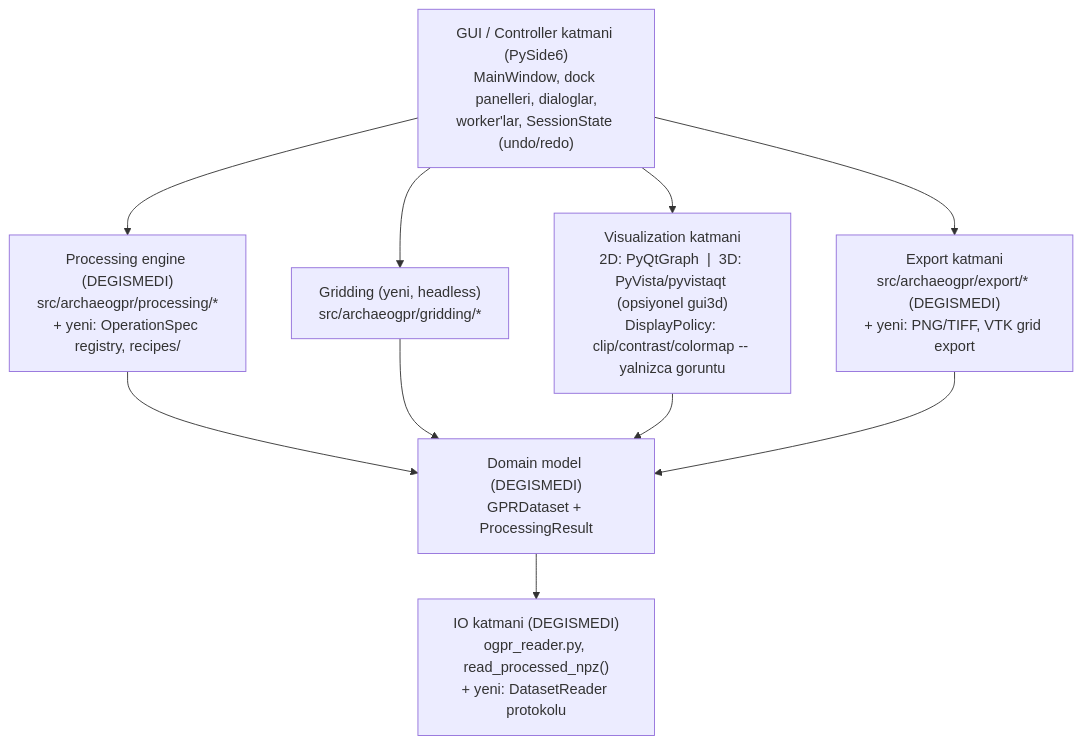
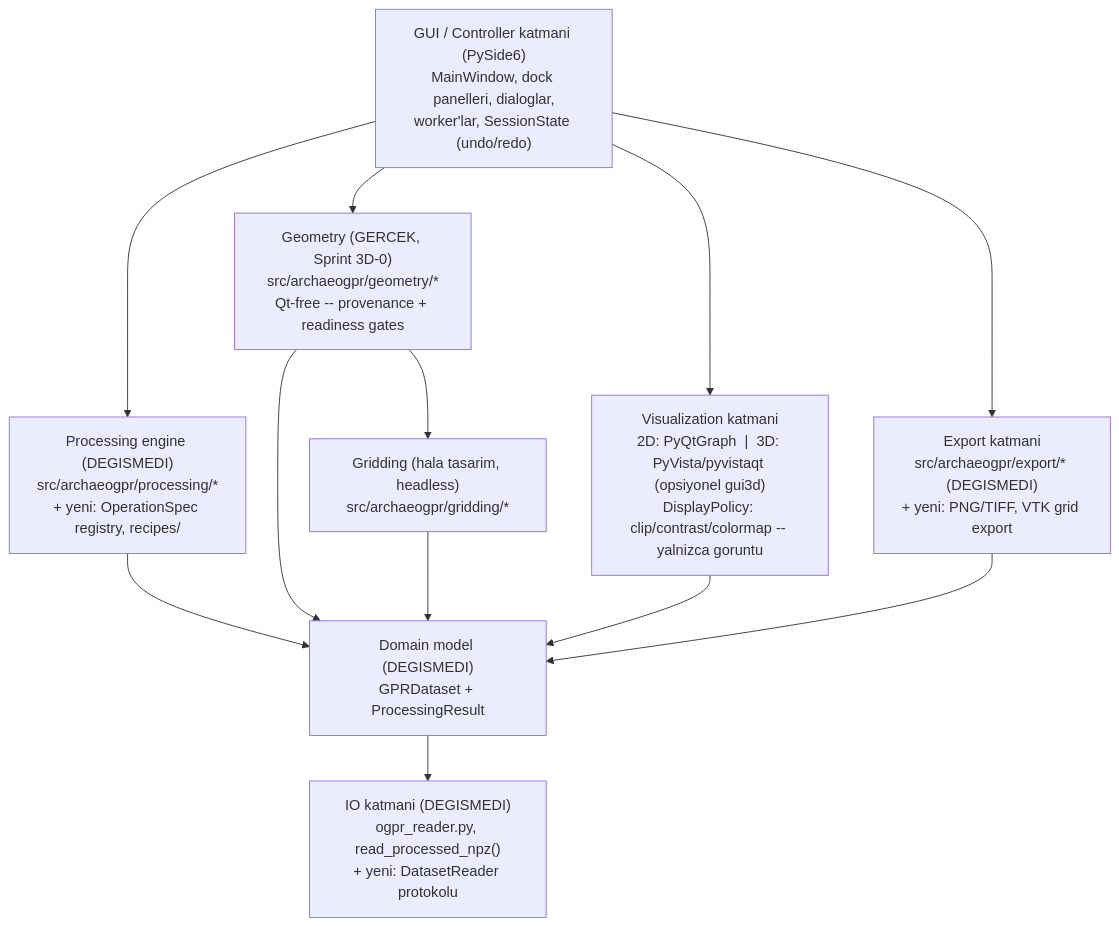
One commit to bruhnioli/archeogpr changed the first of 2 diagrams in obsidian/ArchaeoGPR_Vault/03_ARCHITECTURE/GUI_Architecture.md. Above: the diagram before and after it, drawn with Mermaid. The commit also changed other lines of this file and 25 other files, not shown here.

First line of the commit message:
feat(geometry): add survey geometry inspector and readiness gates

````diff
--- a/obsidian/ArchaeoGPR_Vault/03_ARCHITECTURE/GUI_Architecture.md
+++ b/obsidian/ArchaeoGPR_Vault/03_ARCHITECTURE/GUI_Architecture.md
@@ -43,20 +73,23 @@
 ```mermaid
 flowchart TB
     GUI["GUI / Controller katmani (PySide6)\nMainWindow, dock panelleri, dialoglar,\nworker'lar, SessionState (undo/redo)"]
     VIZ["Visualization katmani\n2D: PyQtGraph  |  3D: PyVista/pyvistaqt (opsiyonel gui3d)\nDisplayPolicy: clip/contrast/colormap -- yalnizca goruntu"]
     PROC["Processing engine (DEGISMEDI)\nsrc/archaeogpr/processing/*\n+ yeni: OperationSpec registry, recipes/"]
-    GRID["Gridding (yeni, headless)\nsrc/archaeogpr/gridding/*"]
+    GEOM["Geometry (GERCEK, Sprint 3D-0)\nsrc/archaeogpr/geometry/*\nQt-free -- provenance + readiness gates"]
+    GRID["Gridding (hala tasarim, headless)\nsrc/archaeogpr/gridding/*"]
     MODEL["Domain model (DEGISMEDI)\nGPRDataset + ProcessingResult"]
     IO["IO katmani (DEGISMEDI)\nogpr_reader.py, read_processed_npz()\n+ yeni: DatasetReader protokolu"]
     EXPORT["Export katmani\nsrc/archaeogpr/export/* (DEGISMEDI)\n+ yeni: PNG/TIFF, VTK grid export"]
 
     GUI --> VIZ
     GUI --> PROC
-    GUI --> GRID
+    GUI --> GEOM
+    GEOM --> GRID
     PROC --> MODEL
+    GEOM --> MODEL
     GRID --> MODEL
     VIZ --> MODEL
     MODEL --> IO
     GUI --> EXPORT
     EXPORT --> MODEL
 ```
````
